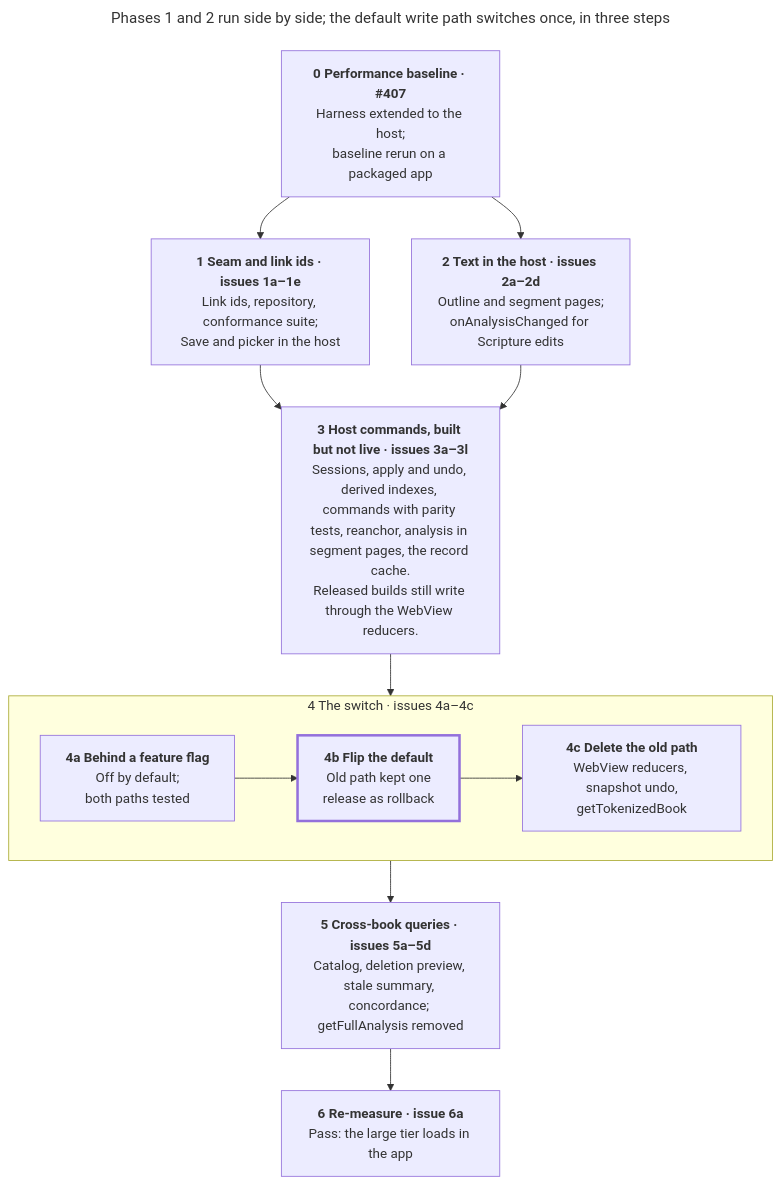
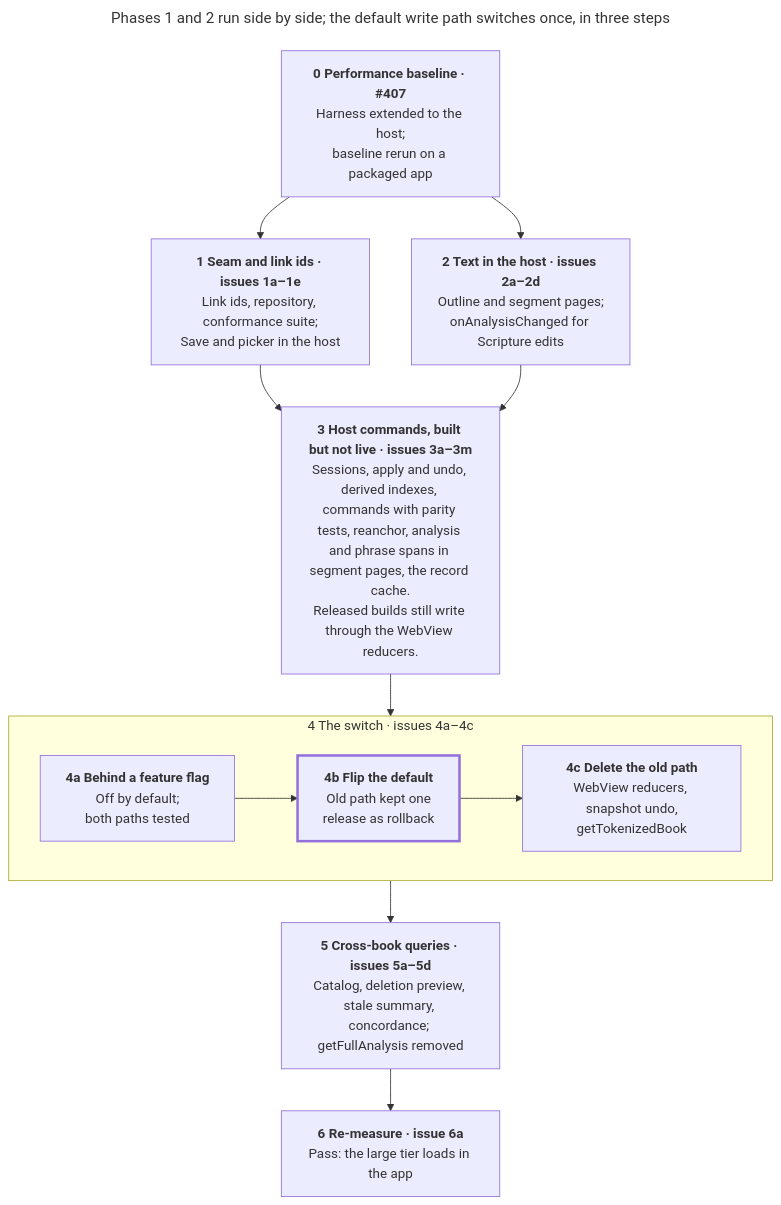
One commit to sillsdev/interlinearizer-extension changed the second of 2 diagrams in docs/data-layer-plan/plan.md. Above: the diagram before and after it, drawn with Mermaid. The commit also changed other lines of this file, not shown here.

````diff
--- a/docs/data-layer-plan/plan.md
+++ b/docs/data-layer-plan/plan.md
@@ -109,24 +110,24 @@
 ```mermaid
 ---
 title: Phases 1 and 2 run side by side; the default write path switches once, in three steps
 ---
 flowchart TB
   p0["<b>0 Performance baseline · #407</b><br/>Harness extended to the host;<br/>baseline rerun on a packaged app"]
   p1["<b>1 Seam and link ids · issues 1a–1e</b><br/>Link ids, repository, conformance suite;<br/>Save and picker in the host"]
   p2["<b>2 Text in the host · issues 2a–2d</b><br/>Outline and segment pages;<br/>onAnalysisChanged for Scripture edits"]
-  p3["<b>3 Host commands, built but not live · issues 3a–3l</b><br/>Sessions, apply and undo, derived indexes, commands with parity tests, reanchor, analysis in segment pages, the record cache.<br/>Released builds still write through the WebView reducers."]
+  p3["<b>3 Host commands, built but not live · issues 3a–3m</b><br/>Sessions, apply and undo, derived indexes, commands with parity tests, reanchor, analysis and phrase spans in segment pages, the record cache.<br/>Released builds still write through the WebView reducers."]
   subgraph p4["4 The switch · issues 4a–4c"]
     direction LR
     p4a["<b>4a Behind a feature flag</b><br/>Off by default;<br/>both paths tested"]
     p4b["<b>4b Flip the default</b><br/>Old path kept one<br/>release as rollback"]
     p4c["<b>4c Delete the old path</b><br/>WebView reducers, snapshot undo,<br/>getTokenizedBook"]
     p4a --> p4b --> p4c
   end
   p5["<b>5 Cross-book queries · issues 5a–5d</b><br/>Catalog, deletion preview, stale summary, concordance; getFullAnalysis removed"]
   p6["<b>6 Re-measure · issue 6a</b><br/>Pass: the large tier loads in the app"]
   p0 --> p1 & p2
   p1 & p2 --> p3
   p3 --> p4 --> p5 --> p6
   classDef flip stroke-width:3px
   class p4b flip
 ```
````
